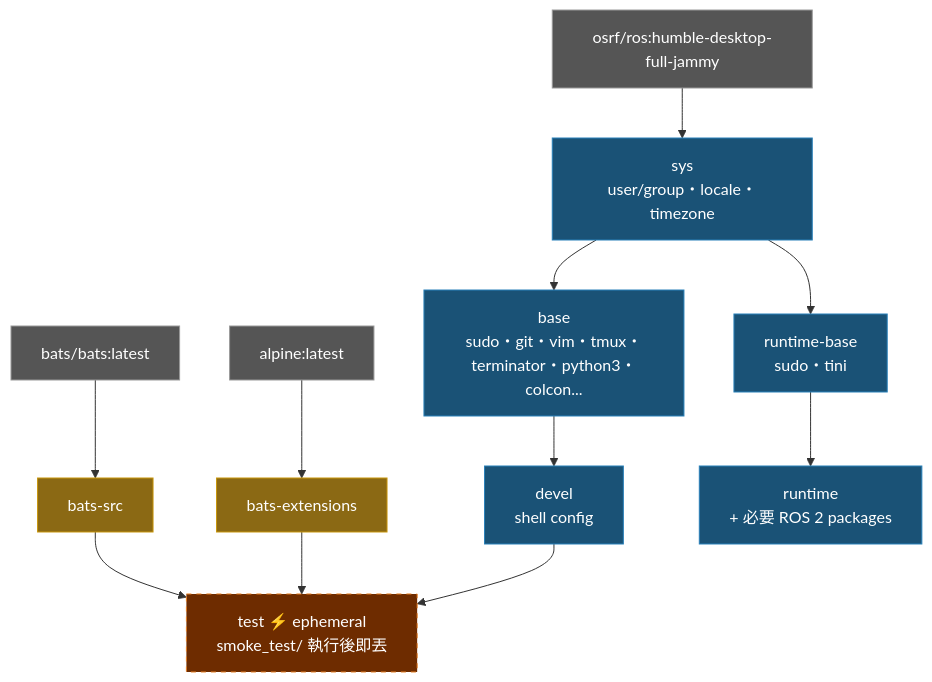
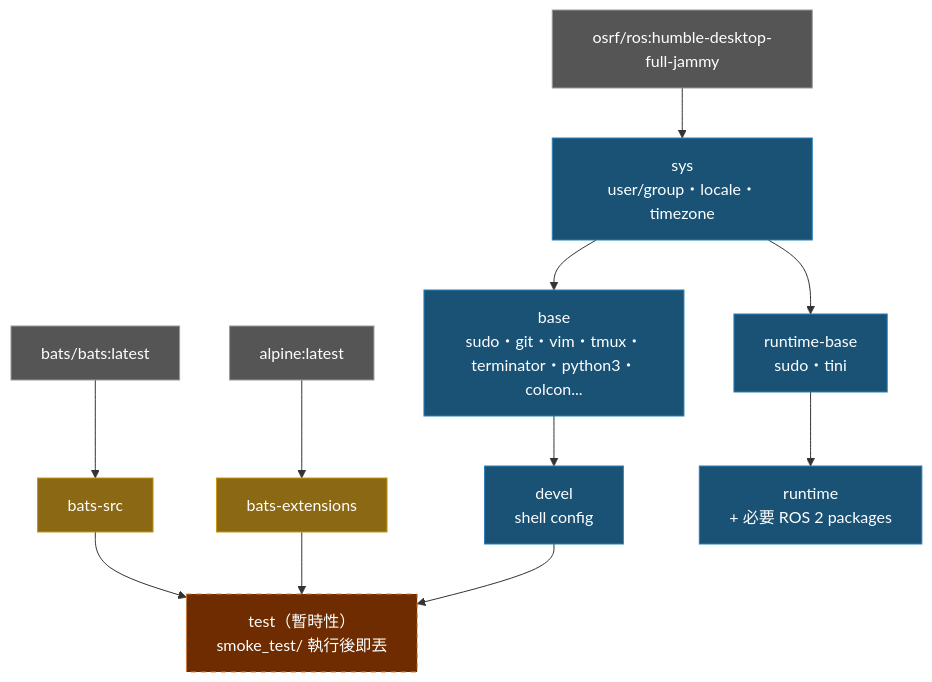
Before and after one commit to ycpss91255-docker/osrf_ros2_humble: the diagram in doc/README.zh-TW.md, drawn with Mermaid. The commit also changed 3 other files, not shown here.

Commit message:
docs: remove ⚡ emoji and translate ephemeral in architecture diagrams

````diff
--- a/doc/README.zh-TW.md
+++ b/doc/README.zh-TW.md
@@ -235,26 +235,26 @@
 ```mermaid
 graph TD
     EXT1["bats/bats:latest"]:::external
     EXT2["alpine:latest"]:::external
     EXT3["osrf/ros:humble-desktop-full-jammy"]:::external
 
     EXT1 --> bats-src["bats-src"]:::tool
     EXT2 --> bats-ext["bats-extensions"]:::tool
 
     EXT3 --> sys["sys\nuser/group・locale・timezone"]:::stage
 
     sys --> base["base\nsudo・git・vim・tmux・terminator・python3・colcon..."]:::stage
     base --> devel["devel\nshell config"]:::stage
 
-    bats-src --> test["test  ⚡ ephemeral\nsmoke_test/ 執行後即丟"]:::ephemeral
+    bats-src --> test["test（暫時性）\nsmoke_test/ 執行後即丟"]:::ephemeral
     bats-ext --> test
     devel --> test
 
     sys --> runtime-base["runtime-base\nsudo・tini"]:::stage
     runtime-base --> runtime["runtime\n+ 必要 ROS 2 packages"]:::stage
 
     classDef external fill:#555,color:#fff,stroke:#999
     classDef tool fill:#8B6914,color:#fff,stroke:#c8960c
     classDef stage fill:#1a5276,color:#fff,stroke:#2980b9
     classDef ephemeral fill:#6e2c00,color:#fff,stroke:#e67e22,stroke-dasharray:5 5
 ```
````
